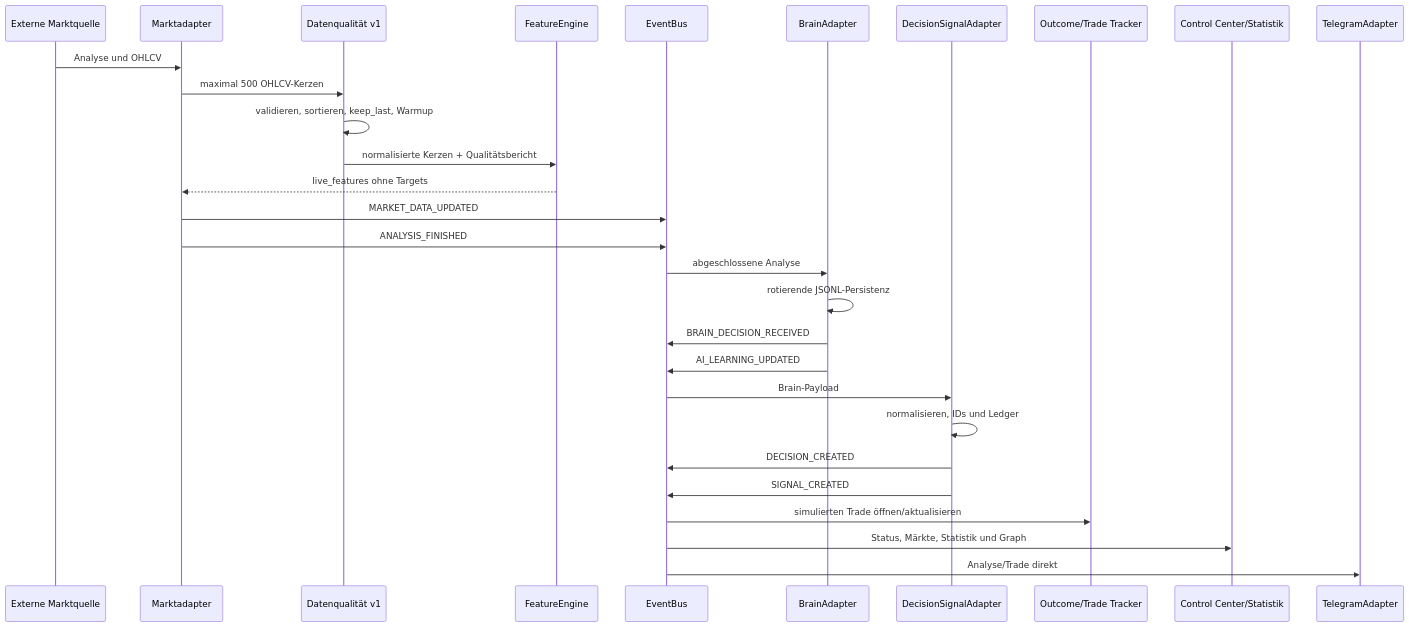
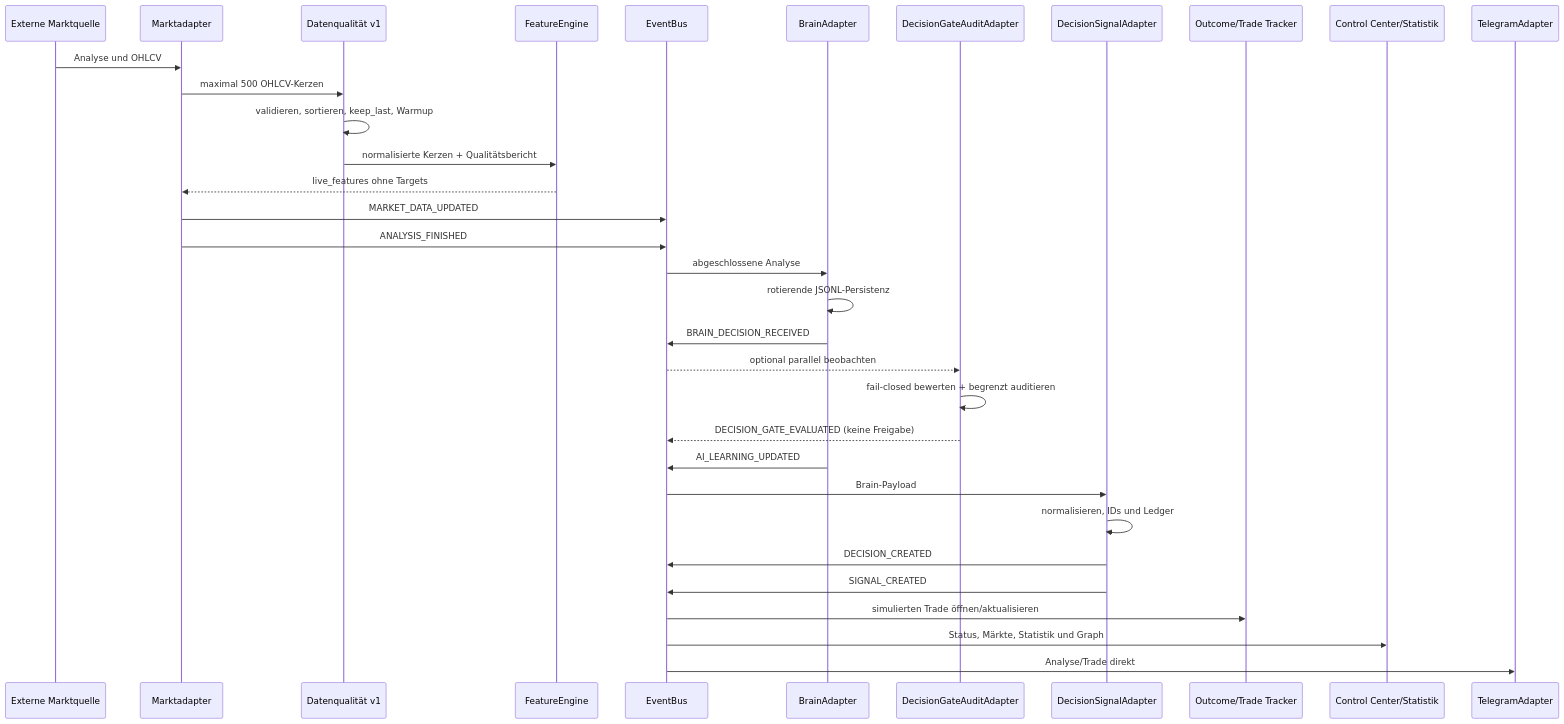
The second of 7 diagrams in docs/ARCHITECTURE.md (cRioshy/Pando), drawn with Mermaid before and after one commit. The commit also changed other lines of this file and 18 other files, not shown here.

Commit message:
Integrate decision gate audit observer

````diff
--- a/docs/ARCHITECTURE.md
+++ b/docs/ARCHITECTURE.md
@@ -61,32 +63,36 @@
 ```mermaid
 sequenceDiagram
     participant Source as Externe Marktquelle
     participant Market as Marktadapter
     participant Quality as Datenqualität v1
     participant Feature as FeatureEngine
     participant Bus as EventBus
     participant Brain as BrainAdapter
+    participant Gate as DecisionGateAuditAdapter
     participant Decision as DecisionSignalAdapter
     participant Tracker as Outcome/Trade Tracker
     participant View as Control Center/Statistik
     participant Telegram as TelegramAdapter
 
     Source->>Market: Analyse und OHLCV
     Market->>Quality: maximal 500 OHLCV-Kerzen
     Quality->>Quality: validieren, sortieren, keep_last, Warmup
     Quality->>Feature: normalisierte Kerzen + Qualitätsbericht
     Feature-->>Market: live_features ohne Targets
     Market->>Bus: MARKET_DATA_UPDATED
     Market->>Bus: ANALYSIS_FINISHED
     Bus->>Brain: abgeschlossene Analyse
     Brain->>Brain: rotierende JSONL-Persistenz
     Brain->>Bus: BRAIN_DECISION_RECEIVED
+    Bus-->>Gate: optional parallel beobachten
+    Gate->>Gate: fail-closed bewerten + begrenzt auditieren
+    Gate-->>Bus: DECISION_GATE_EVALUATED (keine Freigabe)
     Brain->>Bus: AI_LEARNING_UPDATED
     Bus->>Decision: Brain-Payload
     Decision->>Decision: normalisieren, IDs und Ledger
     Decision->>Bus: DECISION_CREATED
     Decision->>Bus: SIGNAL_CREATED
     Bus->>Tracker: simulierten Trade öffnen/aktualisieren
     Bus->>View: Status, Märkte, Statistik und Graph
     Bus->>Telegram: Analyse/Trade direkt
 ```
````
